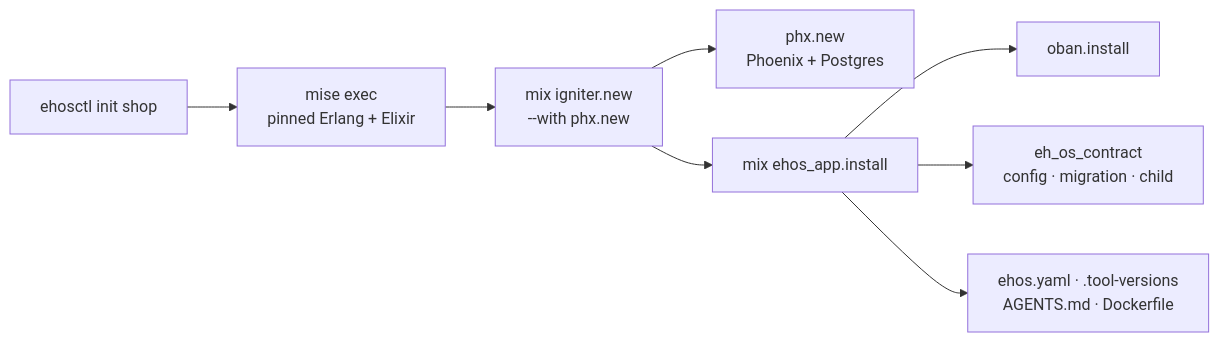
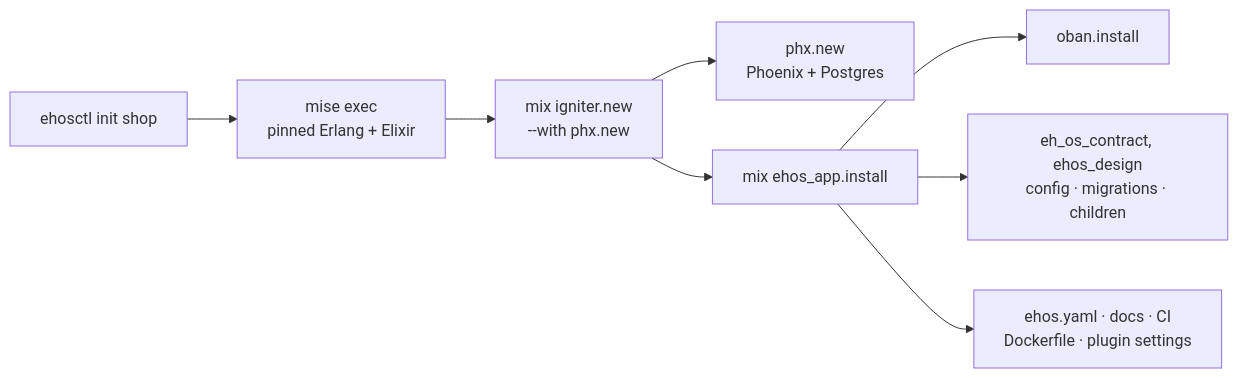
The diagram in README.md (EmpoweredHouse/ehos-tools), drawn with Mermaid before and after one commit. The commit also changed other lines of this file, not shown here.

First line of the commit message:
Rewrite the README around everything ehos-tools now is

````diff
--- a/README.md
+++ b/README.md
@@ -201,10 +211,10 @@
 ```mermaid
 flowchart LR
   A["ehosctl init shop"] --> B["mise exec<br/>pinned Erlang + Elixir"]
   B --> C["mix igniter.new<br/>--with phx.new"]
   C --> D["phx.new<br/>Phoenix + Postgres"]
   C --> E["mix ehos_app.install"]
   E --> F["oban.install"]
-  E --> G["eh_os_contract<br/>config · migration · child"]
-  E --> H["ehos.yaml · .tool-versions<br/>AGENTS.md · Dockerfile"]
+  E --> G["eh_os_contract, ehos_design<br/>config · migrations · children"]
+  E --> H["ehos.yaml · docs · CI<br/>Dockerfile · plugin settings"]
 ```
````
